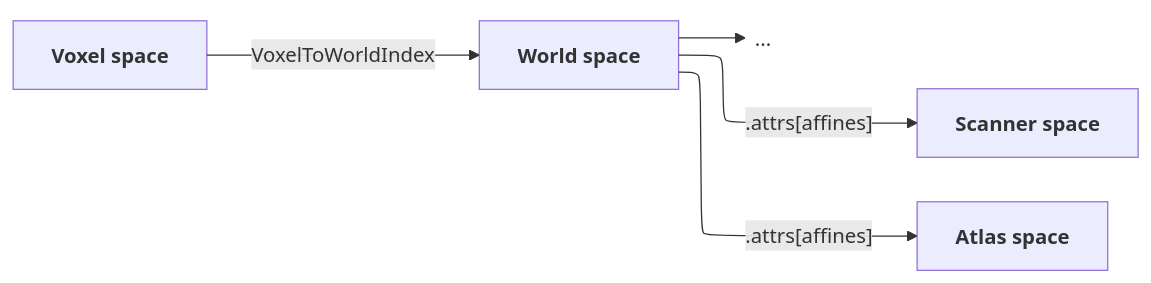
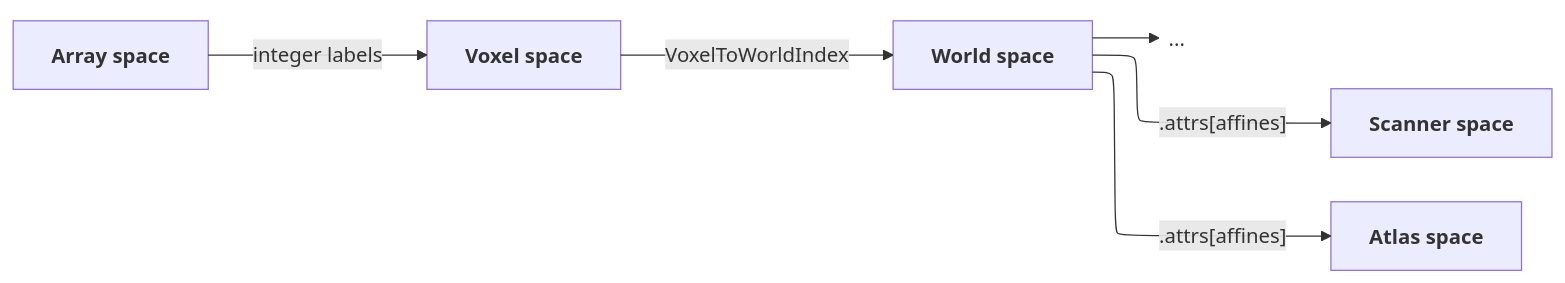
Before and after one commit to confusius-tools/confusius: the diagram in docs/user-guide/voxeldata.md, drawn with Mermaid. The commit also changed other lines of this file and 2 other files, not shown here.

````diff
--- a/docs/user-guide/voxeldata.md
+++ b/docs/user-guide/voxeldata.md
@@ -138,19 +142,21 @@
 ```mermaid
 ---
 config:
   layout: elk
 ---
 flowchart LR
+    A["<b>Array space</b>"]
     V["<b>Voxel space</b>"]
     P["<b>World space</b>"]
     W1["<b>Scanner space</b>"]
     ellipsis{{"..."}}
     W2["<b>Atlas space</b>"]
 
+    A -->|"integer labels"| V
     V -->|"VoxelToWorldIndex"| P
     P -->|".attrs[affines]"| W1
     P -->|".attrs[affines]"| W2
     P --> ellipsis
 
     ellipsis@{ shape: text }
 ```
````
